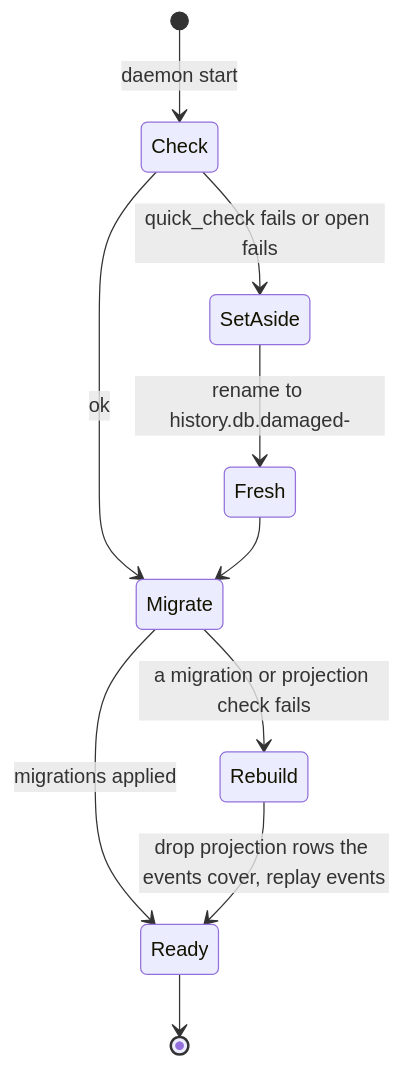
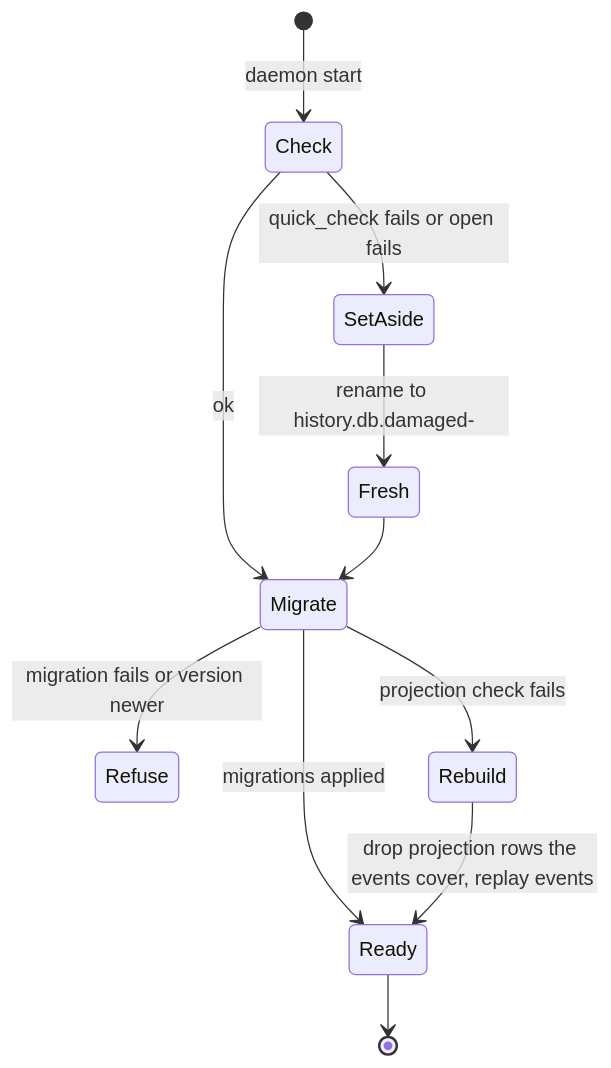
Before and after one commit to callstackincubator/simlock: the third of 3 diagrams in docs/internal/adr/0032-the-event-history-is-a-sqlite-database-with-projections-beside-it.md, drawn with Mermaid. The commit also changed other lines of this file, not shown here.

Commit message:
docs(adr): 0032 caps events alone, carries values on read, reads off the main thread, refuses a failed migration

````diff
--- a/docs/internal/adr/0032-the-event-history-is-a-sqlite-database-with-projections-beside-it.md
+++ b/docs/internal/adr/0032-the-event-history-is-a-sqlite-database-with-projections-beside-it.md
@@ -147,12 +154,13 @@
 ```mermaid
 stateDiagram-v2
   [*] --> Check: daemon start
   Check --> SetAside: quick_check fails or open fails
   SetAside --> Fresh: rename to history.db.damaged-<time>
   Check --> Migrate: ok
   Fresh --> Migrate
   Migrate --> Ready: migrations applied
-  Migrate --> Rebuild: a migration or projection check fails
+  Migrate --> Refuse: migration fails or version newer
+  Migrate --> Rebuild: projection check fails
   Rebuild --> Ready: drop projection rows the events cover, replay events
   Ready --> [*]
 ```
````
